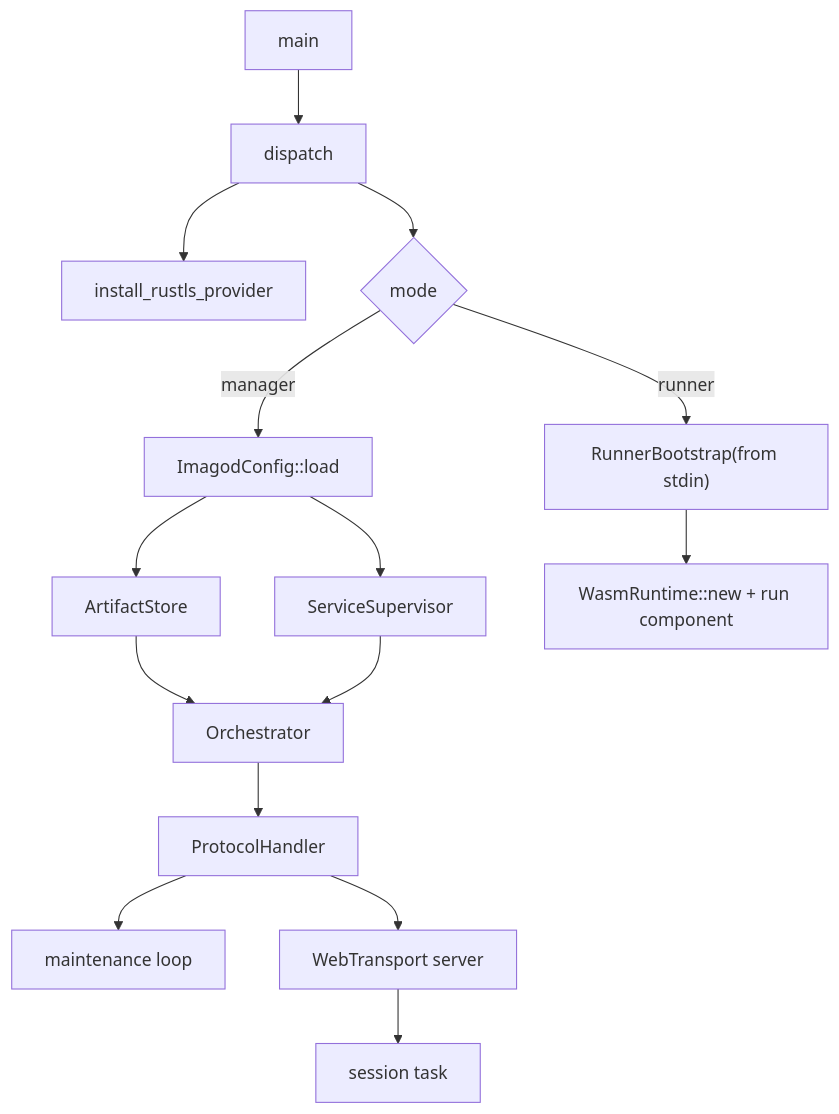
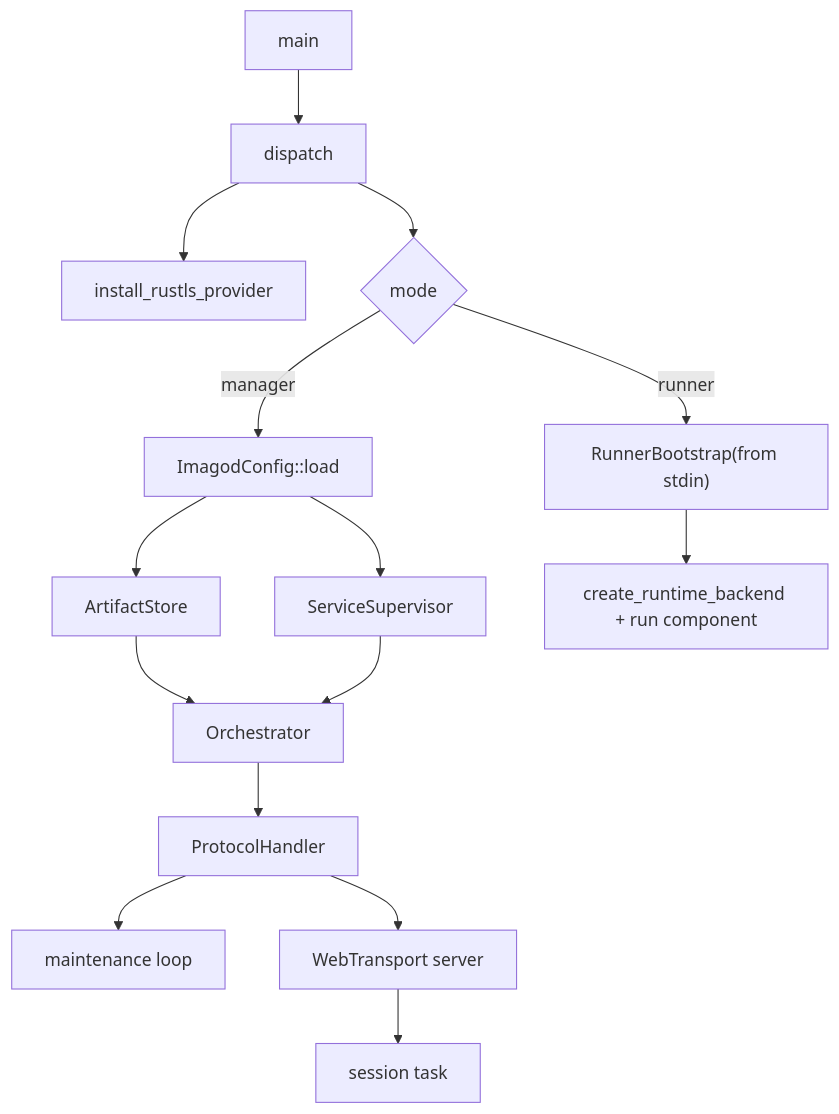
The first of 4 diagrams in docs/spec/imagod-internals.md (yieldspace/imago), drawn with Mermaid before and after one commit. The commit also changed other lines of this file and 11 other files, not shown here.

Commit message:
Split runtime backend into feature-gated crates

````diff
--- a/docs/spec/imagod-internals.md
+++ b/docs/spec/imagod-internals.md
@@ -47,17 +47,17 @@
 ```mermaid
 flowchart TD
   A["main"] --> B["dispatch"]
   B --> C["install_rustls_provider"]
   B --> D{"mode"}
   D -->|manager| E["ImagodConfig::load"]
   E --> F["ArtifactStore"]
   E --> G["ServiceSupervisor"]
   F --> H["Orchestrator"]
   G --> H
   H --> I["ProtocolHandler"]
   I --> J["maintenance loop"]
   I --> K["WebTransport server"]
   K --> L["session task"]
   D -->|runner| M["RunnerBootstrap(from stdin)"]
-  M --> N["WasmRuntime::new + run component"]
+  M --> N["create_runtime_backend + run component"]
 ```
````
